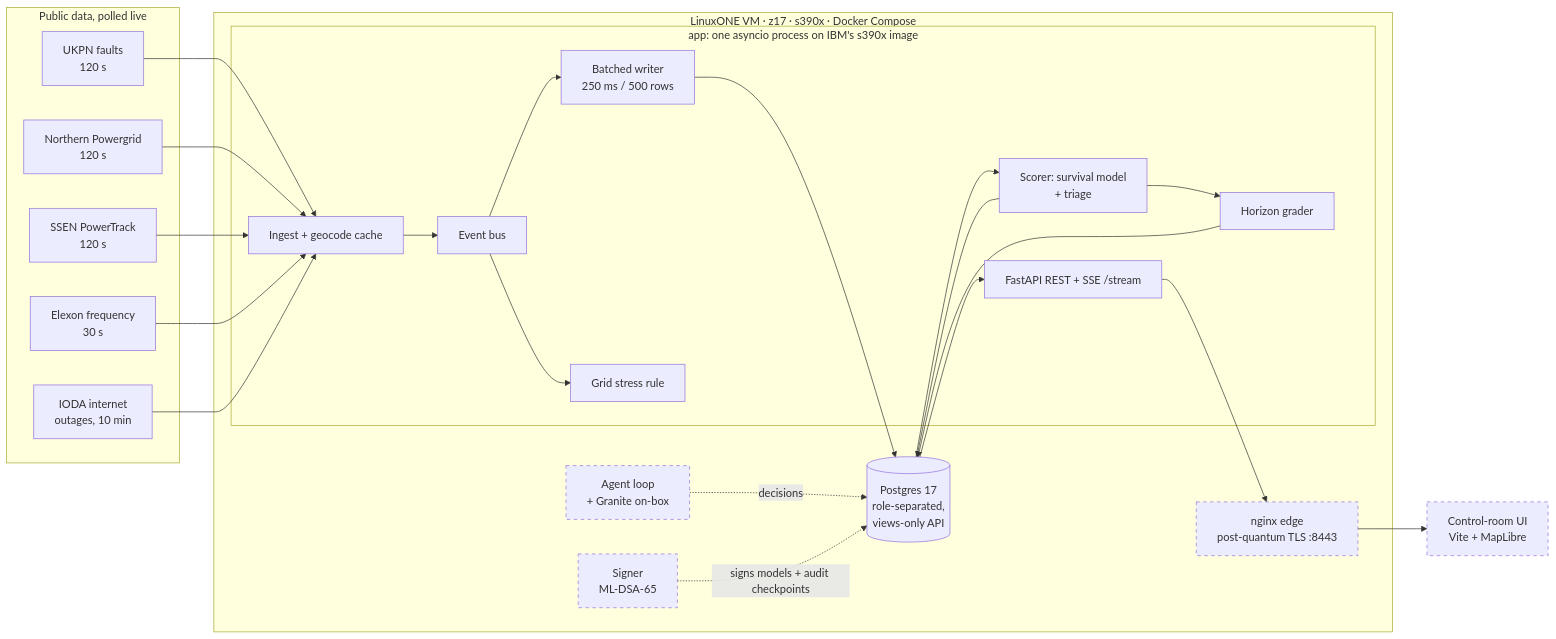
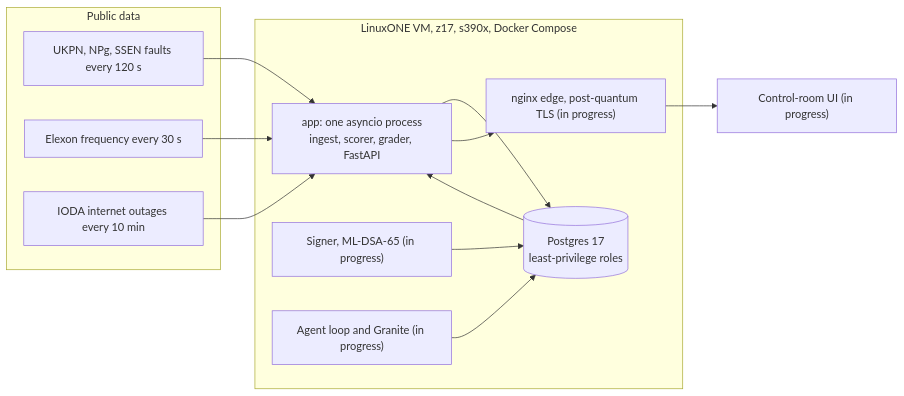
Before and after one commit to saliha006/BlackNaught: the second of 2 diagrams in README.md, drawn with Mermaid. The commit also changed other lines of this file, not shown here.

Commit message:
Tighten the README and fix the diagrams that didn't render on GitHub

````diff
--- a/README.md
+++ b/README.md
@@ -78,38 +72,25 @@
 ```mermaid
 flowchart LR
-    subgraph feeds [Public data, polled live]
-        UKPN[UKPN faults<br/>120 s]
-        NPG[Northern Powergrid<br/>120 s]
-        SSEN[SSEN PowerTrack<br/>120 s]
-        ELX[Elexon frequency<br/>30 s]
-        IODA[IODA internet<br/>outages, 10 min]
+    subgraph Feeds["Public data"]
+        F1["UKPN, NPg, SSEN faults every 120 s"]
+        F2["Elexon frequency every 30 s"]
+        F3["IODA internet outages every 10 min"]
     end
-
-    subgraph vm [LinuxONE VM · z17 · s390x · Docker Compose]
-        subgraph app [app: one asyncio process on IBM's s390x image]
-            ING[Ingest + geocode cache] --> BUS[Event bus]
-            BUS --> W[Batched writer<br/>250 ms / 500 rows]
-            BUS --> STR[Grid stress rule]
-            SC[Scorer: survival model<br/>+ triage] --> GR[Horizon grader]
-            API[FastAPI REST + SSE /stream]
-        end
-        DB[(Postgres 17<br/>role-separated,<br/>views-only API)]
-        EDGE[nginx edge<br/>post-quantum TLS :8443]:::wip
-        SIGN[Signer<br/>ML-DSA-65]:::wip
-        AGENT[Agent loop<br/>+ Granite on-box]:::wip
+    subgraph VM["LinuxONE VM, z17, s390x, Docker Compose"]
+        APP["app: one asyncio process<br/>ingest, scorer, grader, FastAPI"]
+        DB[("Postgres 17<br/>least-privilege roles")]
+        EDGE["nginx edge, post-quantum TLS (in progress)"]
+        SIGN["Signer, ML-DSA-65 (in progress)"]
+        AGENT["Agent loop and Granite (in progress)"]
     end
-
-    UI[Control-room UI<br/>Vite + MapLibre]:::wip
-
-    UKPN & NPG & SSEN & ELX & IODA --> ING
-    W --> DB
-    DB --> SC
-    SC --> DB
-    GR --> DB
-    DB --> API
-    API --> EDGE --> UI
-    AGENT -. decisions .-> DB
-    SIGN -. signs models + audit checkpoints .-> DB
-
-    classDef wip stroke-dasharray: 5 5
+    UI["Control-room UI (in progress)"]
+    F1 --> APP
+    F2 --> APP
+    F3 --> APP
+    APP --> DB
+    DB --> APP
+    AGENT --> DB
+    SIGN --> DB
+    APP --> EDGE
+    EDGE --> UI
 ```
````
